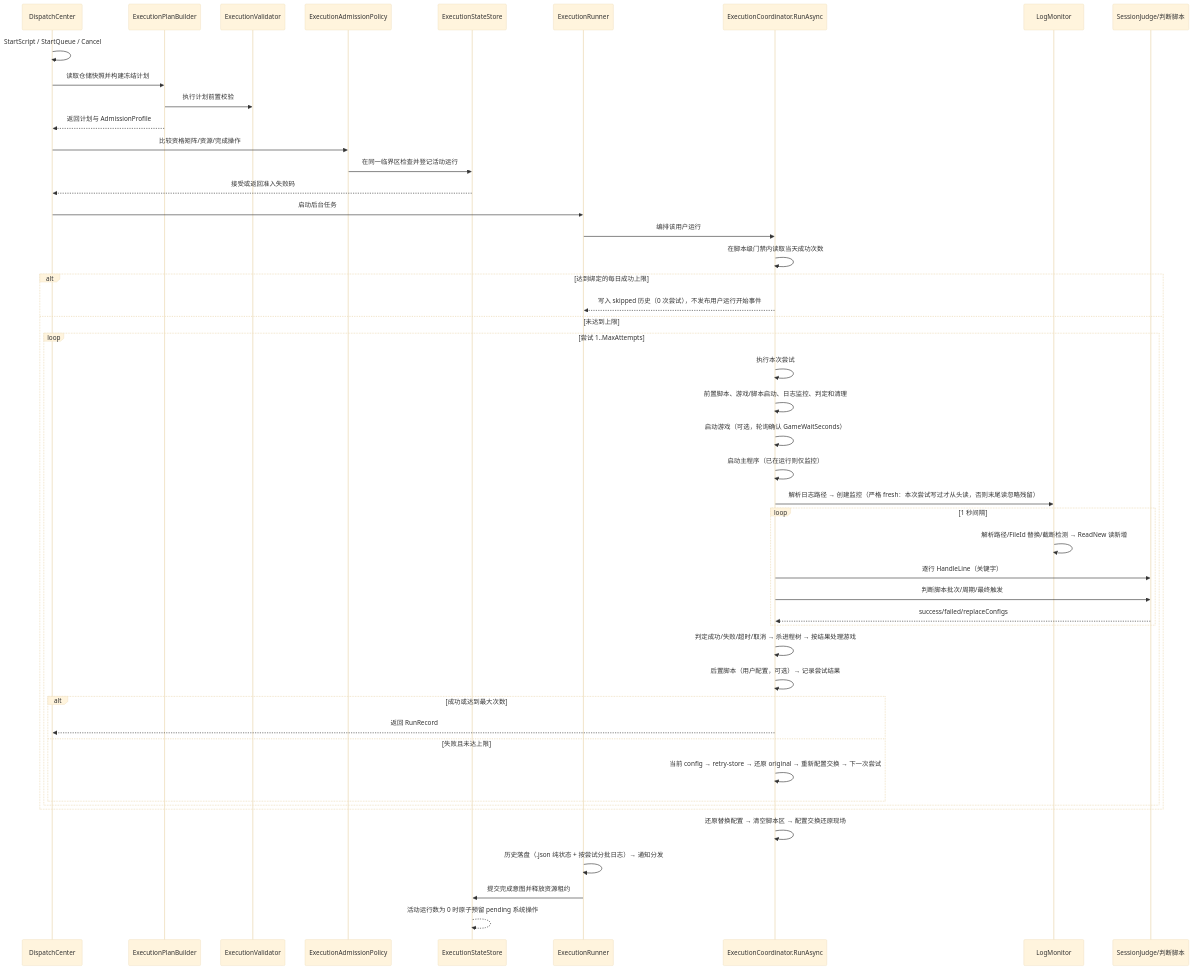
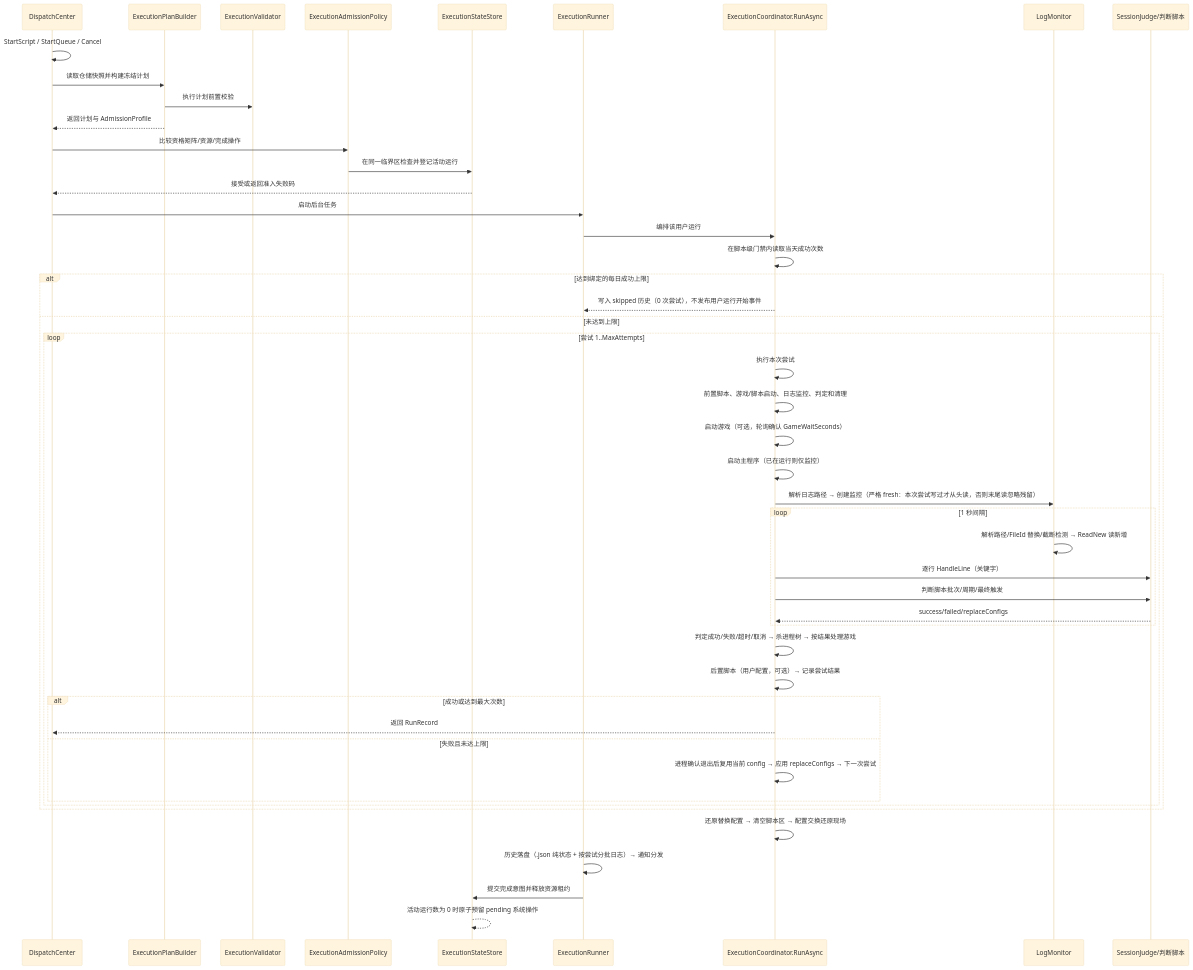
The first of 4 diagrams in docs/DESIGN.md (FlappiBakuse/NexusPipeline), drawn with Mermaid (base theme) before and after one commit. The commit also changed other lines of this file and 31 other files, not shown here.

````diff
--- a/docs/DESIGN.md
+++ b/docs/DESIGN.md
@@ -75,51 +75,51 @@
 ```mermaid
 sequenceDiagram
     participant DC as DispatchCenter
     participant P as ExecutionPlanBuilder
     participant V as ExecutionValidator
     participant Q as ExecutionAdmissionPolicy
     participant E as ExecutionStateStore
     participant R as ExecutionRunner
     participant S as ExecutionCoordinator.RunAsync
     participant M as LogMonitor
     participant J as SessionJudge/判断脚本
 
     DC->>DC: StartScript / StartQueue / Cancel
     DC->>P: 读取仓储快照并构建冻结计划
     P->>V: 执行计划前置校验
     P-->>DC: 返回计划与 AdmissionProfile
     DC->>Q: 比较资格矩阵/资源/完成操作
     Q->>E: 在同一临界区检查并登记活动运行
     E-->>DC: 接受或返回准入失败码
     DC->>R: 启动后台任务
     R->>S: 编排该用户运行
     S->>S: 在脚本级门禁内读取当天成功次数
     alt 达到绑定的每日成功上限
         S-->>R: 写入 skipped 历史（0 次尝试），不发布用户运行开始事件
     else 未达到上限
     loop 尝试 1..MaxAttempts
         S->>S: 执行本次尝试
         S->>S: 前置脚本、游戏/脚本启动、日志监控、判定和清理
         S->>S: 启动游戏（可选，轮询确认 GameWaitSeconds）
         S->>S: 启动主程序（已在运行则仅监控）
         S->>M: 解析日志路径 → 创建监控（严格 fresh：本次尝试写过才从头读，否则末尾读忽略残留）
         loop 1 秒间隔
             M->>M: 解析路径/FileId 替换/截断检测 → ReadNew 读新增
             S->>J: 逐行 HandleLine（关键字）
             S->>J: 判断脚本批次/周期/最终触发
             J-->>S: success/failed/replaceConfigs
         end
         S->>S: 判定成功/失败/超时/取消 → 杀进程树 → 按结果处理游戏
         S->>S: 后置脚本（用户配置，可选）→ 记录尝试结果
         alt 成功或达到最大次数
             S-->>DC: 返回 RunRecord
         else 失败且未达上限
-            S->>S: 当前 config → retry-store → 还原 original → 重新配置交换 → 下一次尝试
+            S->>S: 进程确认退出后复用当前 config → 应用 replaceConfigs → 下一次尝试
         end
     end
     end
     S->>S: 还原替换配置 → 清空脚本区 → 配置交换还原现场
     R->>R: 历史落盘（.json 纯状态 + 按尝试分批日志）→ 通知分发
     R->>E: 提交完成意图并释放资源租约
     E-->>E: 活动运行数为 0 时原子预留 pending 系统操作
 ```
````
